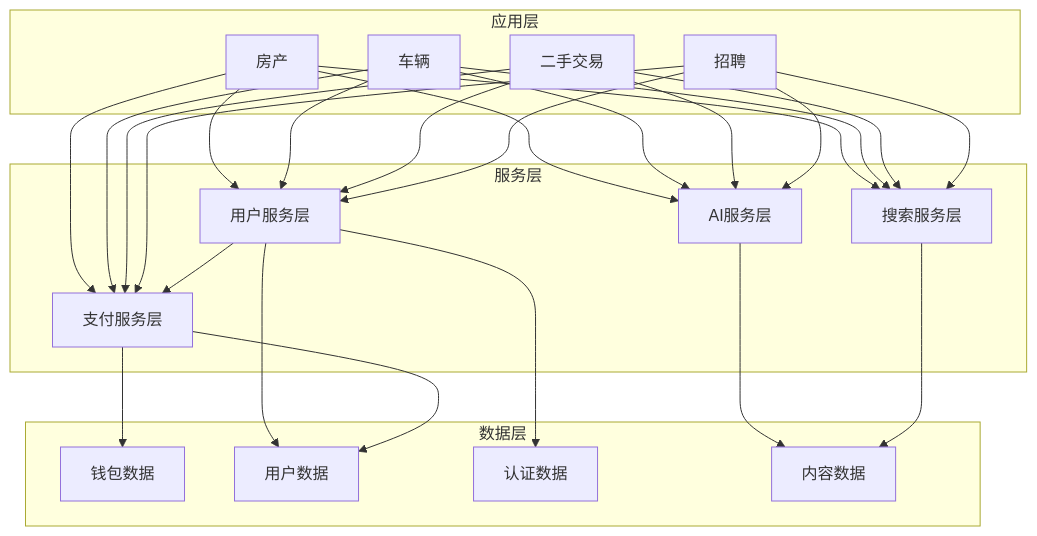
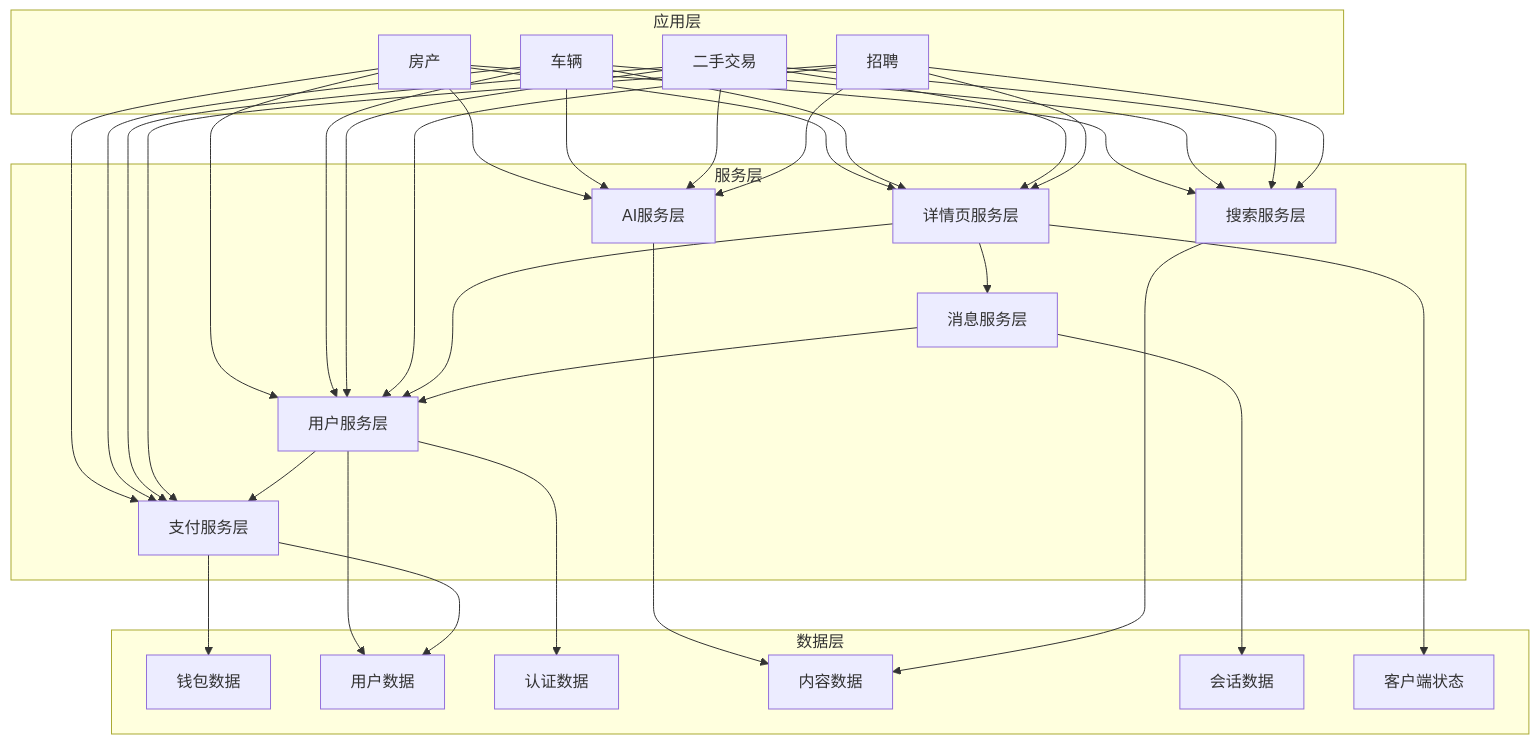
One commit to jiadan-user/jiacangku changed the second of 7 diagrams in bundled/knowledge_base/业务知识图谱/业务域关联图.md. Above: the diagram before and after it, drawn with Mermaid. The commit also changed other lines of this file and 3 other files, not shown here.

````diff
--- a/bundled/knowledge_base/业务知识图谱/业务域关联图.md
+++ b/bundled/knowledge_base/业务知识图谱/业务域关联图.md
@@ -65,52 +79,67 @@
 ```mermaid
 graph TB
     subgraph 应用层
         房产[房产]
         车辆[车辆]
         二手交易[二手交易]
         招聘[招聘]
     end
     
     subgraph 服务层
         AI服务[AI服务层]
         搜索服务[搜索服务层]
         支付服务[支付服务层]
         用户服务[用户服务层]
+        消息服务[消息服务层]
+        详情页服务[详情页服务层]
     end
     
     subgraph 数据层
         钱包[钱包数据]
         用户[用户数据]
         认证[认证数据]
         内容[内容数据]
+        会话[会话数据]
+        客户端状态[客户端状态]
     end
     
     房产 --> AI服务
     房产 --> 搜索服务
     房产 --> 支付服务
     房产 --> 用户服务
+    房产 --> 详情页服务
     
     车辆 --> AI服务
     车辆 --> 搜索服务
     车辆 --> 支付服务
     车辆 --> 用户服务
+    车辆 --> 详情页服务
     
     二手交易 --> AI服务
     二手交易 --> 搜索服务
     二手交易 --> 支付服务
     二手交易 --> 用户服务
+    二手交易 --> 详情页服务
     
     招聘 --> AI服务
     招聘 --> 搜索服务
     招聘 --> 支付服务
     招聘 --> 用户服务
+    招聘 --> 详情页服务
+    
+    详情页服务 --> 用户服务
+    详情页服务 --> 消息服务
+    详情页服务 --> 客户端状态
     
     用户服务 --> 用户
     用户服务 --> 认证
     用户服务 --> 支付服务
+    
+    消息服务 --> 会话
+    消息服务 --> 用户服务
     
     AI服务 --> 内容
     搜索服务 --> 内容
     支付服务 --> 钱包
     支付服务 --> 用户
 ```
````
